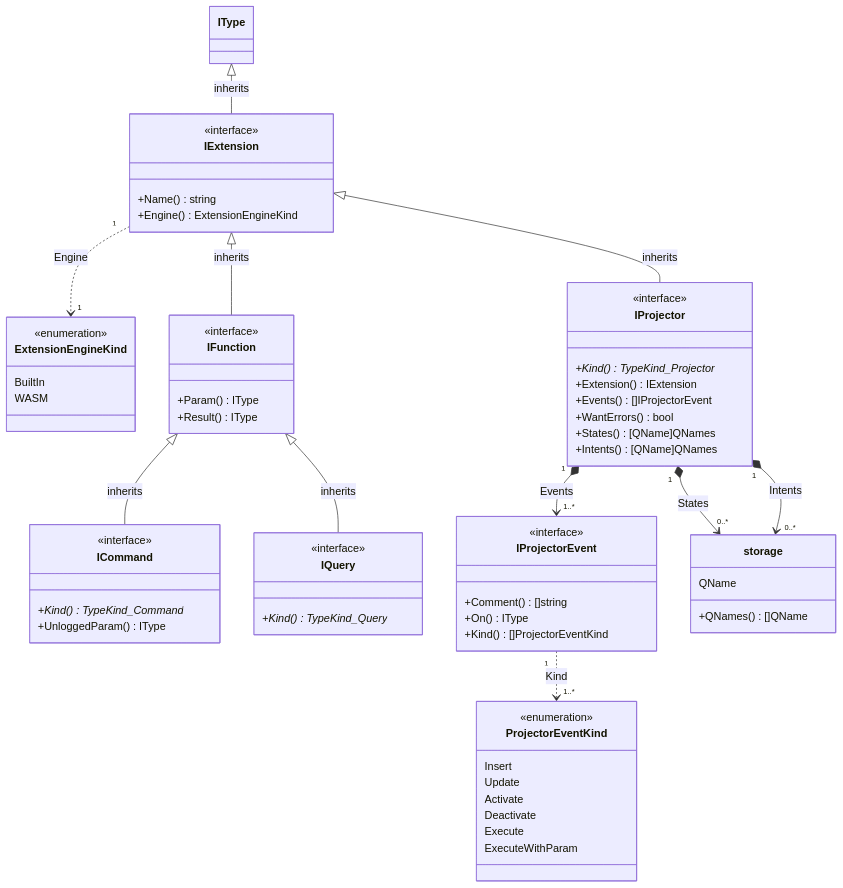
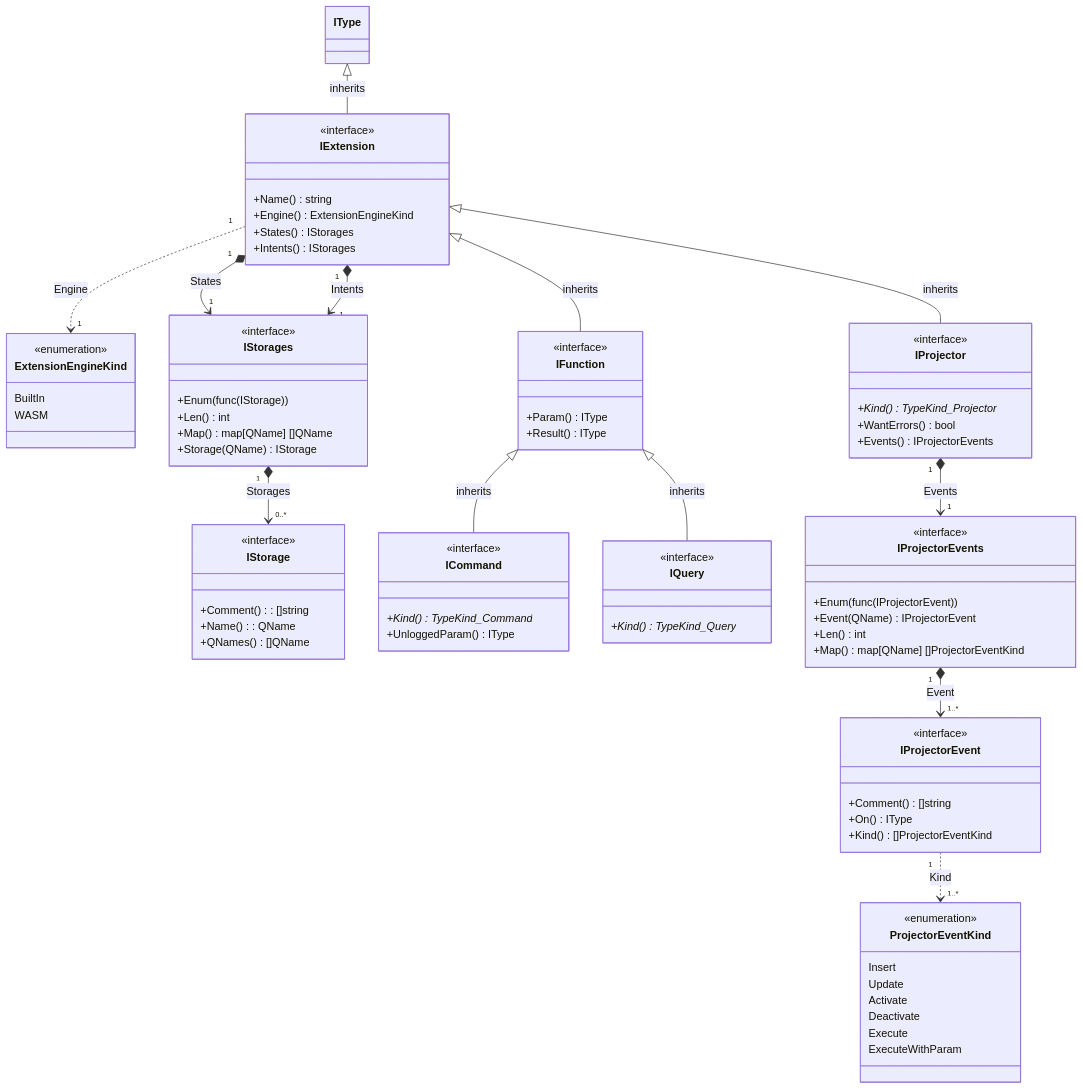
The seventh of 7 diagrams in pkg/appdef/README.md (voedger/voedger), drawn with Mermaid before and after one commit. The commit also changed other lines of this file and 189 other files, not shown here.

````diff
--- a/pkg/appdef/README.md
+++ b/pkg/appdef/README.md
@@ -566,6 +566,8 @@
         <<interface>>
         +Name() string
         +Engine() ExtensionEngineKind
+        +States() IStorages
+        +Intents() IStorages
     }
 
     IExtension "1" ..> "1" ExtensionEngineKind : Engine
@@ -573,6 +575,23 @@
         <<enumeration>>
         BuiltIn
         WASM
+    }
+
+    IExtension "1" *--> "1" IStorages : States
+    IExtension "1" *--> "1" IStorages : Intents
+    class IStorages {
+        <<interface>>
+        +Enum(func(IStorage))
+        +Len() int
+        +Map() map[QName] []QName
+        +Storage(QName) IStorage
+    }
+    IStorages "1" *--> "0..*" IStorage : Storages
+    class IStorage {
+        <<interface>>
+        +Comment() : []string
+        +Name(): QName
+        +QNames() []QName
     }
 
     IExtension <|-- IFunction : inherits
@@ -599,14 +618,19 @@
     class IProjector {
         <<interface>>
         +Kind()* TypeKind_Projector
-        +Extension() IExtension
-        +Events() []IProjectorEvent
         +WantErrors() bool
-        +States() [QName]QNames
-        +Intents() [QName]QNames
+        +Events() IProjectorEvents
     }
 
-    IProjector "1" *--> "1..*" IProjectorEvent : Events
+    IProjector "1" *--> "1" IProjectorEvents : Events
+    IProjectorEvents "1" *--> "1..*" IProjectorEvent : Event
+    class IProjectorEvents {
+        <<interface>>
+        +Enum(func(IProjectorEvent))
+        +Event(QName) IProjectorEvent
+        +Len() int
+        +Map() map[QName] []ProjectorEventKind
+    }
     class IProjectorEvent {
         <<interface>>
         +Comment() []string
@@ -624,11 +648,4 @@
         Execute
         ExecuteWithParam
     }
-
-    IProjector "1" *--> "0..*" storage : States
-    IProjector "1" *--> "0..*" storage : Intents
-    class storage {
-        QName
-        +QNames() []QName
-    }
 ```
````
